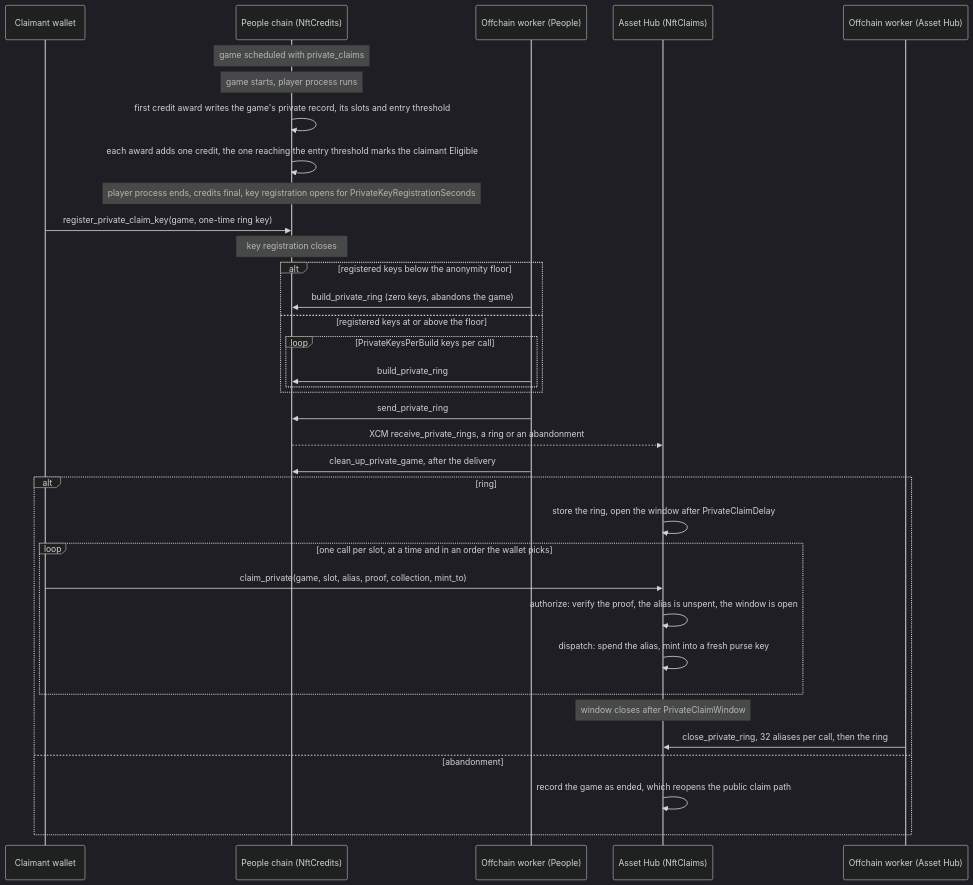
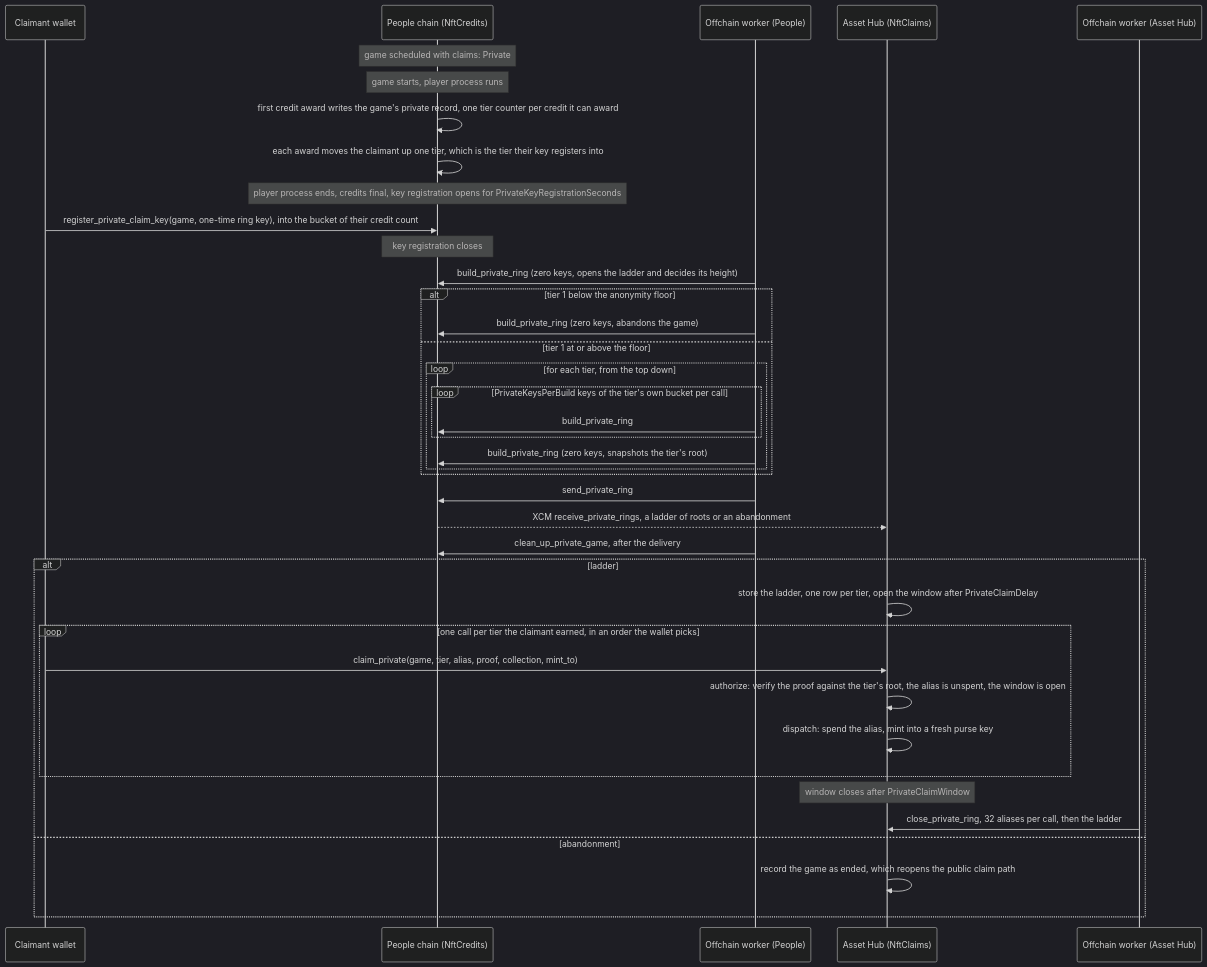
One commit to paritytech/individuality-community changed the diagram in docs/private-nft-claims.md. Above: the diagram before and after it, drawn with Mermaid (dark theme). The commit also changed other lines of this file and 32 other files, not shown here.

Commit message:
Implement nested ring ladder

````diff
--- a/docs/private-nft-claims.md
+++ b/docs/private-nft-claims.md
@@ -11,38 +13,42 @@
 ```mermaid
 sequenceDiagram
     participant C as Claimant wallet
     participant P as People chain (NftCredits)
     participant O as Offchain worker (People)
     participant A as Asset Hub (NftClaims)
     participant OA as Offchain worker (Asset Hub)
 
-    Note over P: game scheduled with private_claims
+    Note over P: game scheduled with claims: Private
     Note over P: game starts, player process runs
-    P->>P: first credit award writes the game's private record, its slots and entry threshold
-    P->>P: each award adds one credit, the one reaching the entry threshold marks the claimant Eligible
+    P->>P: first credit award writes the game's private record, one tier counter per credit it can award
+    P->>P: each award moves the claimant up one tier, which is the tier their key registers into
     Note over P: player process ends, credits final, key registration opens for PrivateKeyRegistrationSeconds
-    C->>P: register_private_claim_key(game, one-time ring key)
+    C->>P: register_private_claim_key(game, one-time ring key), into the bucket of their credit count
     Note over P: key registration closes
-    alt registered keys below the anonymity floor
+    O->>P: build_private_ring (zero keys, opens the ladder and decides its height)
+    alt tier 1 below the anonymity floor
         O->>P: build_private_ring (zero keys, abandons the game)
-    else registered keys at or above the floor
-        loop PrivateKeysPerBuild keys per call
-            O->>P: build_private_ring
+    else tier 1 at or above the floor
+        loop for each tier, from the top down
+            loop PrivateKeysPerBuild keys of the tier's own bucket per call
+                O->>P: build_private_ring
+            end
+            O->>P: build_private_ring (zero keys, snapshots the tier's root)
         end
     end
     O->>P: send_private_ring
-    P-->>A: XCM receive_private_rings, a ring or an abandonment
+    P-->>A: XCM receive_private_rings, a ladder of roots or an abandonment
     O->>P: clean_up_private_game, after the delivery
-    alt ring
-        A->>A: store the ring, open the window after PrivateClaimDelay
-        loop one call per slot, at a time and in an order the wallet picks
-            C->>A: claim_private(game, slot, alias, proof, collection, mint_to)
-            A->>A: authorize: verify the proof, the alias is unspent, the window is open
+    alt ladder
+        A->>A: store the ladder, one row per tier, open the window after PrivateClaimDelay
+        loop one call per tier the claimant earned, in an order the wallet picks
+            C->>A: claim_private(game, tier, alias, proof, collection, mint_to)
+            A->>A: authorize: verify the proof against the tier's root, the alias is unspent, the window is open
             A->>A: dispatch: spend the alias, mint into a fresh purse key
         end
         Note over A: window closes after PrivateClaimWindow
-        OA->>A: close_private_ring, 32 aliases per call, then the ring
+        OA->>A: close_private_ring, 32 aliases per call, then the ladder
     else abandonment
         A->>A: record the game as ended, which reopens the public claim path
     end
 ```
````
